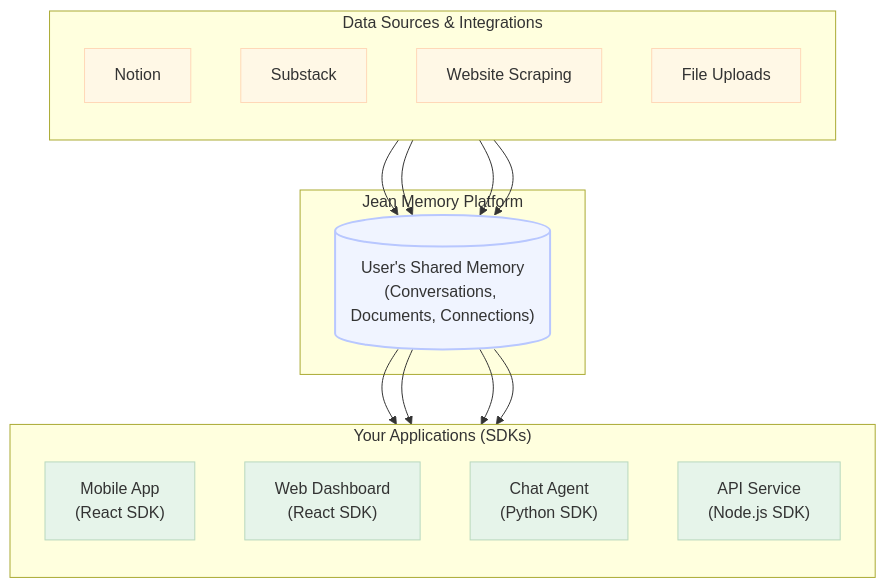
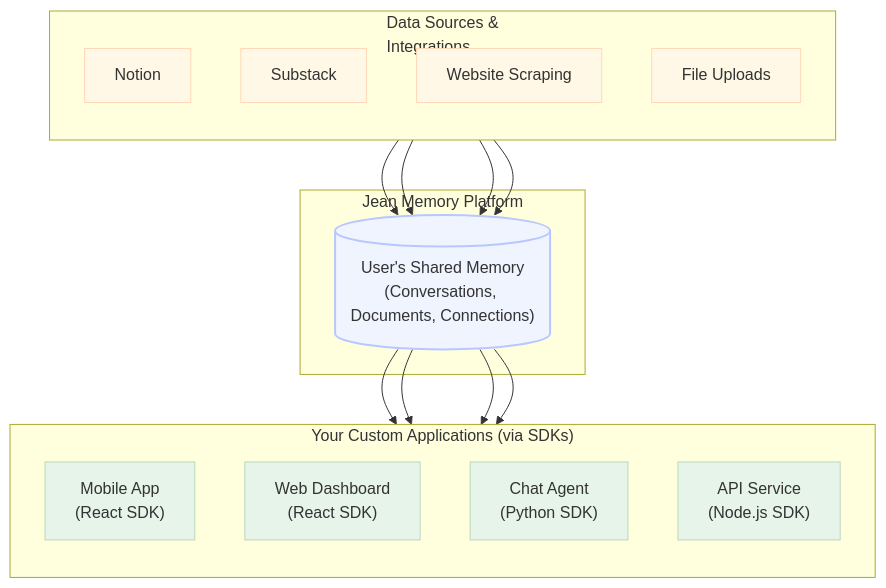
Before and after one commit to jean-technologies/jean-memory: the diagram in FINAL_SDK_REVIEW_AND_DOCUMENTATION.md, drawn with Mermaid. The commit also changed 13 other files, not shown here.

Commit message:
updated graph

````diff
--- a/FINAL_SDK_REVIEW_AND_DOCUMENTATION.md
+++ b/FINAL_SDK_REVIEW_AND_DOCUMENTATION.md
@@ -40,42 +40,42 @@
 ```mermaid
 graph TD
-    subgraph "Data Sources & Integrations"
+    subgraph "Data Sources &<br/>Integrations"
         direction TB
         I1[Notion]
         I2[Substack]
         I3[Website Scraping]
         I4[File Uploads]
     end
 
     subgraph "Jean Memory Platform"
         M[("User's Shared Memory<br/>(Conversations, Documents, Connections)")]
     end
 
-    subgraph "Your Applications (SDKs)"
+    subgraph "Your Custom Applications (via SDKs)"
         direction TB
         A1["Mobile App<br/>(React SDK)"]
         A2["Web Dashboard<br/>(React SDK)"]
         A3["Chat Agent<br/>(Python SDK)"]
         A4["API Service<br/>(Node.js SDK)"]
     end
 
     I1 --> M
     I2 --> M
     I3 --> M
     I4 --> M
 
     M --> A1
     M --> A2
     M --> A3
     M --> A4
 
     style M fill:#f0f4ff,stroke:#b8c7ff,stroke-width:2px
     style A1 fill:#e6f4ea,stroke:#b8d8be,stroke-width:1px
     style A2 fill:#e6f4ea,stroke:#b8d8be,stroke-width:1px
     style A3 fill:#e6f4ea,stroke:#b8d8be,stroke-width:1px
     style A4 fill:#e6f4ea,stroke:#b8d8be,stroke-width:1px
     style I1 fill:#fff8e6,stroke:#ffd8b8,stroke-width:1px
     style I2 fill:#fff8e6,stroke:#ffd8b8,stroke-width:1px
     style I3 fill:#fff8e6,stroke:#ffd8b8,stroke-width:1px
     style I4 fill:#fff8e6,stroke:#ffd8b8,stroke-width:1px
 ```
````
